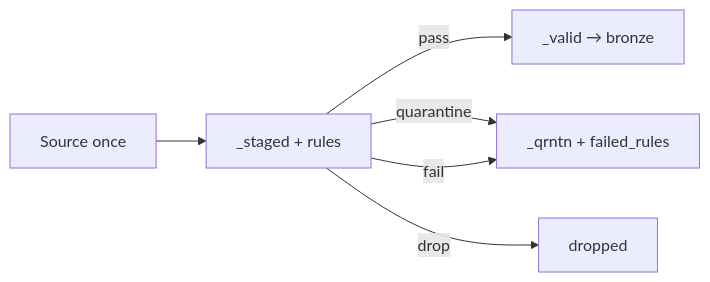
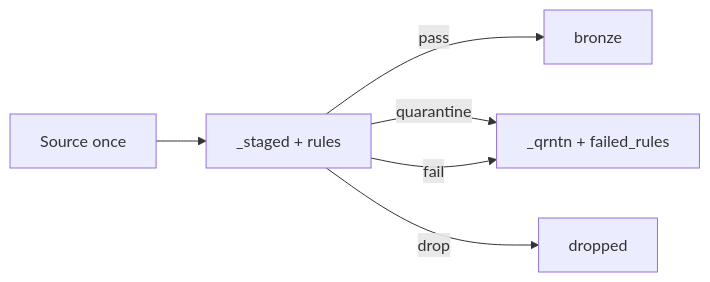
Before and after one commit to NitinKeshavB/framework: the second of 3 diagrams in framework_ingestion/README.md, drawn with Mermaid. The commit also changed 10 other files, not shown here.

````diff
--- a/framework_ingestion/README.md
+++ b/framework_ingestion/README.md
@@ -111,8 +111,8 @@
 ```mermaid
 flowchart LR
   src["Source once"] --> staged["_staged + rules"]
-  staged -->|pass| valid["_valid → bronze"]
+  staged -->|pass| bronze["bronze"]
   staged -->|quarantine| qrntn["_qrntn + failed_rules"]
   staged -->|drop| dropped["dropped"]
   staged -->|fail| qrntn
 ```
````
